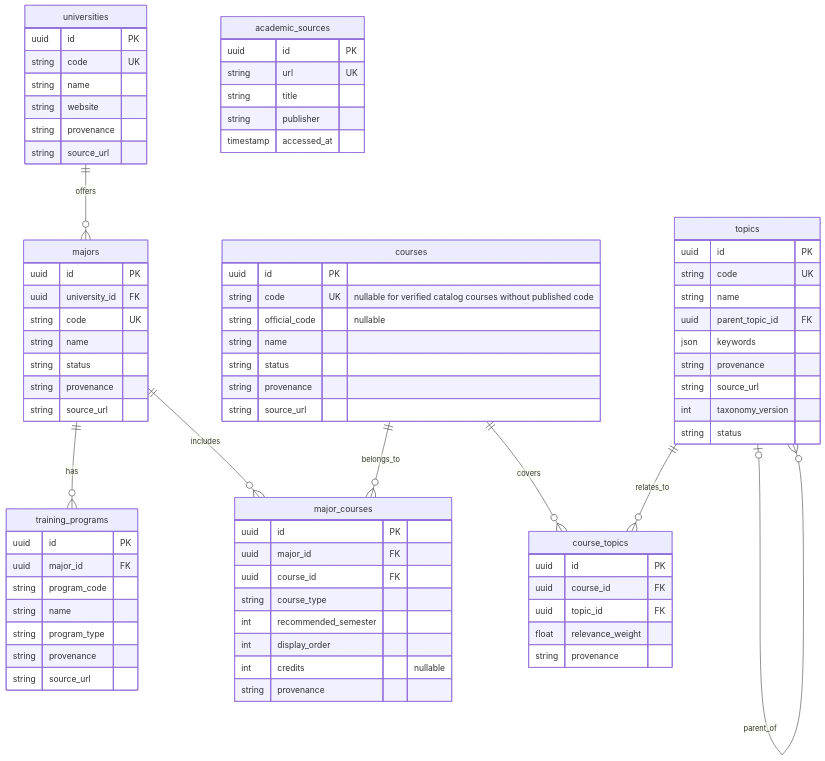
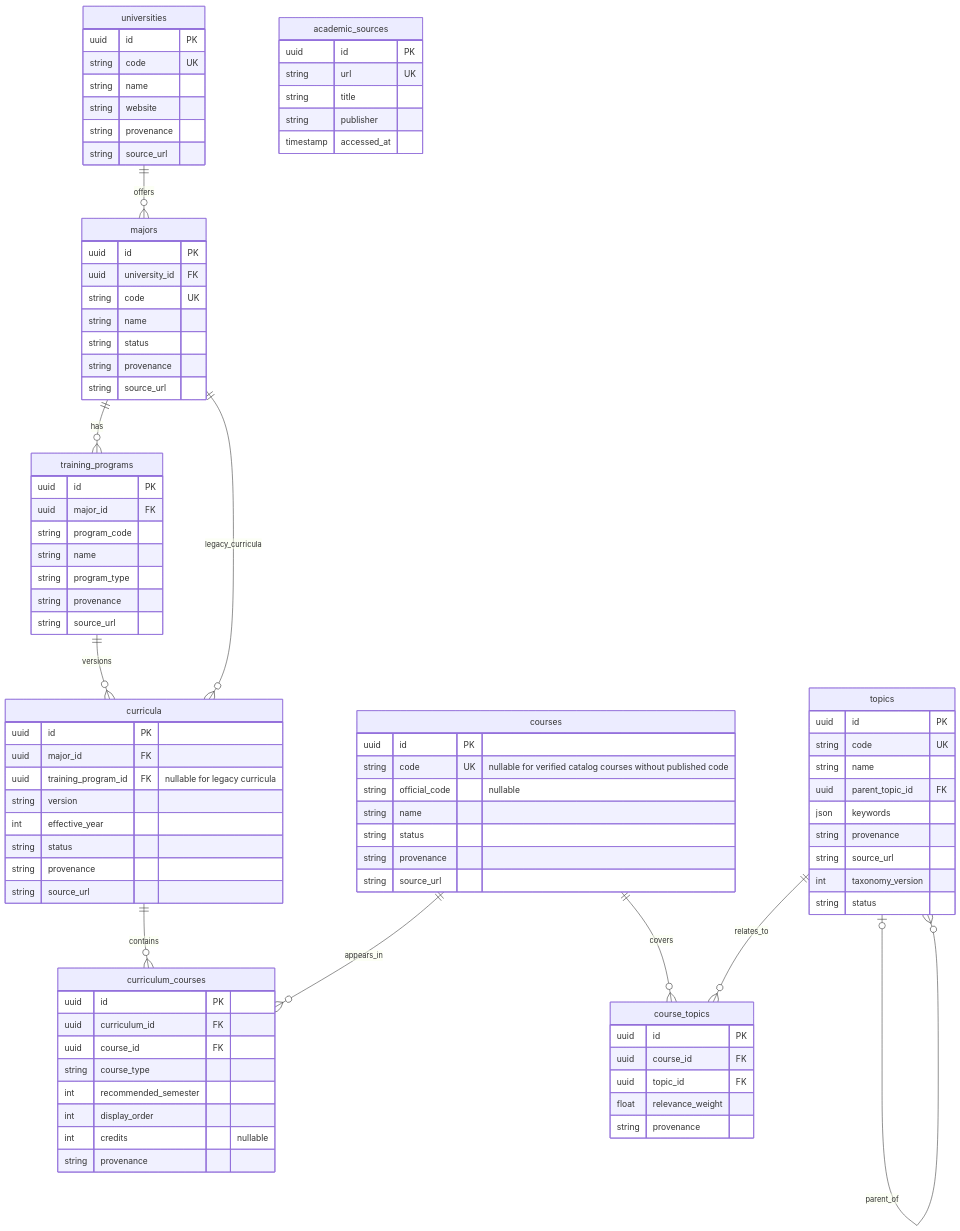
The diagram in docs/academic-foundation.md (dinhbaokhanh/AcaSocial), drawn with Mermaid before and after one commit. The commit also changed other lines of this file and 65 other files, not shown here.

```diff
--- a/docs/academic-foundation.md
+++ b/docs/academic-foundation.md
@@ -16,8 +16,10 @@
 erDiagram
     universities ||--o{ majors : offers
     majors ||--o{ training_programs : has
-    majors ||--o{ major_courses : includes
-    courses ||--o{ major_courses : belongs_to
+    training_programs ||--o{ curricula : versions
+    majors ||--o{ curricula : legacy_curricula
+    curricula ||--o{ curriculum_courses : contains
+    courses ||--o{ curriculum_courses : appears_in
     courses ||--o{ course_topics : covers
     topics ||--o{ course_topics : relates_to
     topics o|--o{ topics : parent_of
@@ -49,9 +51,19 @@
         string provenance
         string source_url
     }
-    major_courses {
+    curricula {
         uuid id PK
         uuid major_id FK
+        uuid training_program_id FK "nullable for legacy curricula"
+        string version
+        int effective_year
+        string status
+        string provenance
+        string source_url
+    }
+    curriculum_courses {
+        uuid id PK
+        uuid curriculum_id FK
         uuid course_id FK
         string course_type
         int recommended_semester
```
